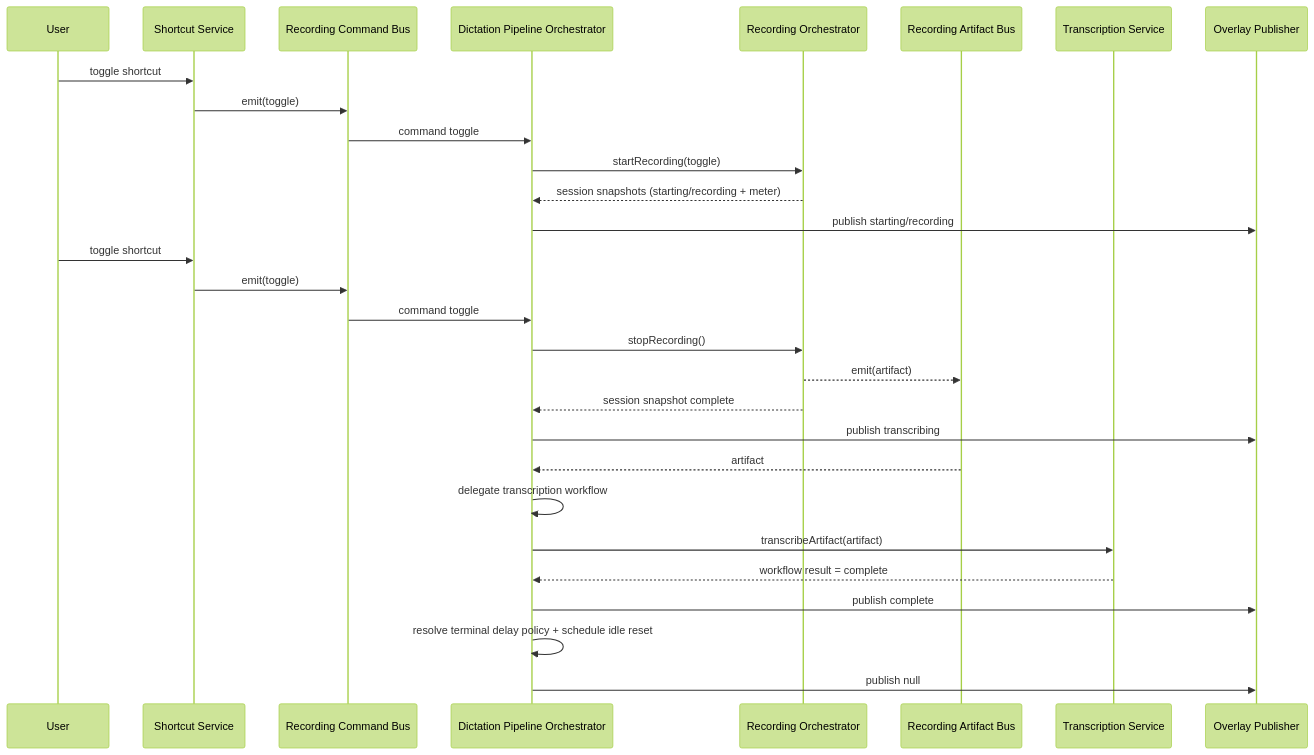
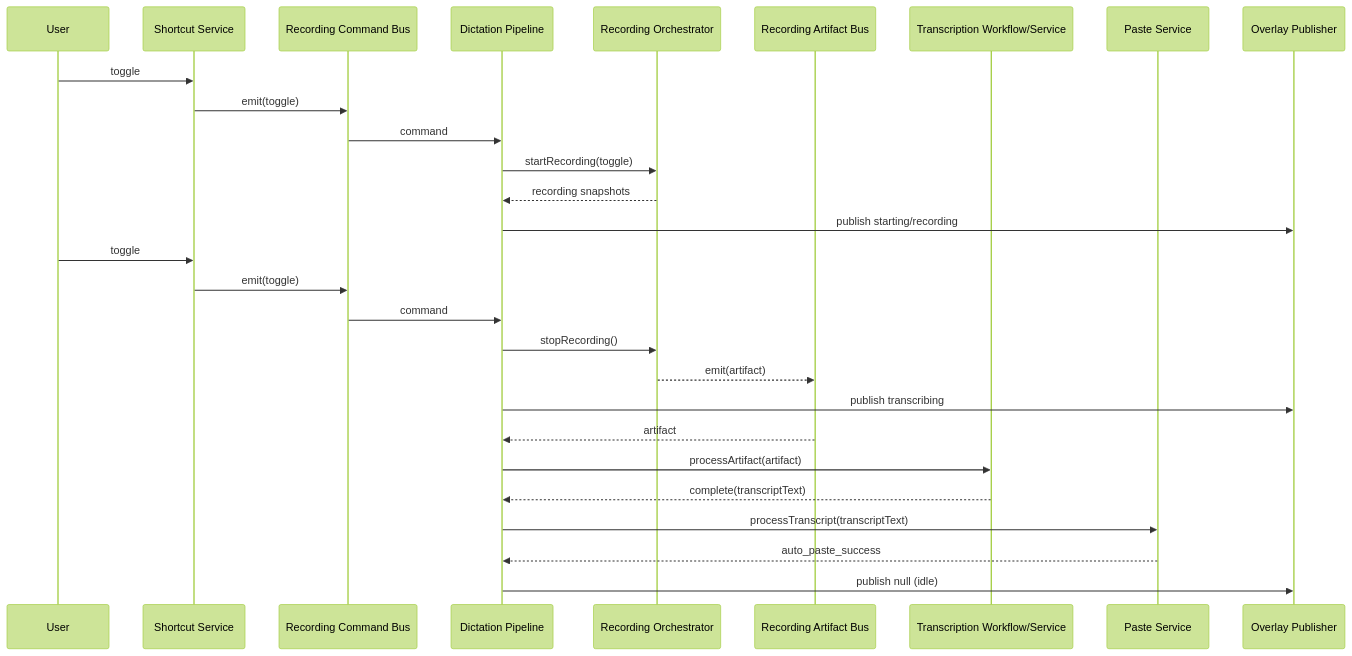
Before and after one commit to MateuszRomek/openvocaly: the diagram in docs/dictation/flows.md, drawn with Mermaid (forest theme). The commit also changed other lines of this file and 140 other files, not shown here.

````diff
--- a/docs/dictation/flows.md
+++ b/docs/dictation/flows.md
@@ -5,34 +5,34 @@
 ```mermaid
 sequenceDiagram
   participant U as User
   participant S as Shortcut Service
   participant B as Recording Command Bus
-  participant D as Dictation Pipeline Orchestrator
+  participant D as Dictation Pipeline
   participant R as Recording Orchestrator
   participant A as Recording Artifact Bus
-  participant T as Transcription Service
+  participant T as Transcription Workflow/Service
+  participant P as Paste Service
   participant O as Overlay Publisher
 
-  U->>S: toggle shortcut
+  U->>S: toggle
   S->>B: emit(toggle)
-  B->>D: command toggle
+  B->>D: command
   D->>R: startRecording(toggle)
-  R-->>D: session snapshots (starting/recording + meter)
+  R-->>D: recording snapshots
   D->>O: publish starting/recording
 
-  U->>S: toggle shortcut
+  U->>S: toggle
   S->>B: emit(toggle)
-  B->>D: command toggle
+  B->>D: command
   D->>R: stopRecording()
   R-->>A: emit(artifact)
-  R-->>D: session snapshot complete
   D->>O: publish transcribing
 
   A-->>D: artifact
-  D->>D: delegate transcription workflow
-  D->>T: transcribeArtifact(artifact)
-  T-->>D: workflow result = complete
-  D->>O: publish complete
-  D->>D: resolve terminal delay policy + schedule idle reset
-  D->>O: publish null
+  D->>T: processArtifact(artifact)
+  T-->>D: complete(transcriptText)
+
+  D->>P: processTranscript(transcriptText)
+  P-->>D: auto_paste_success
+  D->>O: publish null (idle)
 ```
````
